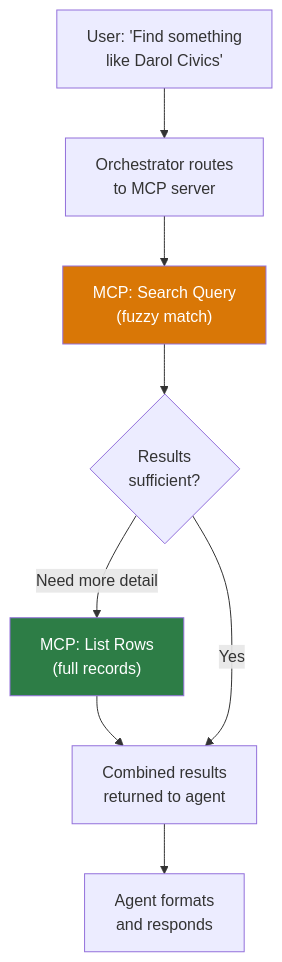
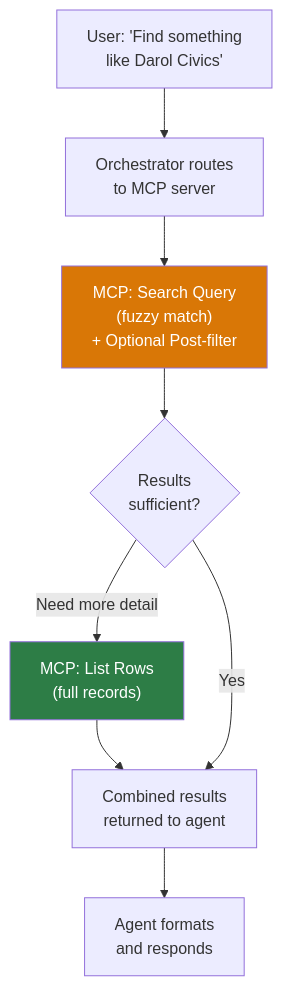
Before and after one commit to microsoft/mcscatblog: the second of 5 diagrams in _posts/2026-04-10-dataverse-retrieval-patterns-copilot-studio.md, drawn with Mermaid. The commit also changed other lines of this file and 14 other files, not shown here.

First line of the commit message:
Dataverse retrieval patterns: editorial review, schema alignment, interactive widget

````diff
--- a/_posts/2026-04-10-dataverse-retrieval-patterns-copilot-studio.md
+++ b/_posts/2026-04-10-dataverse-retrieval-patterns-copilot-studio.md
@@ -219,13 +223,13 @@
 ```mermaid
 flowchart TD
     A["User: 'Find something<br>like Darol Civics'"] --> B["Orchestrator routes<br>to MCP server"]
-    B --> C["MCP: Search Query<br>(fuzzy match)"]
+    B --> C["MCP: Search Query<br>(fuzzy match)<br>+ Optional Post-filter"]
     C --> D{"Results<br>sufficient?"}
     D -- "Need more detail" --> E["MCP: List Rows<br>(full records)"]
     E --> F["Combined results<br>returned to agent"]
     D -- "Yes" --> F
     F --> G["Agent formats<br>and responds"]
     
     style C fill:#d97706,color:#fff
     style E fill:#2d7d46,color:#fff
 ```
````
